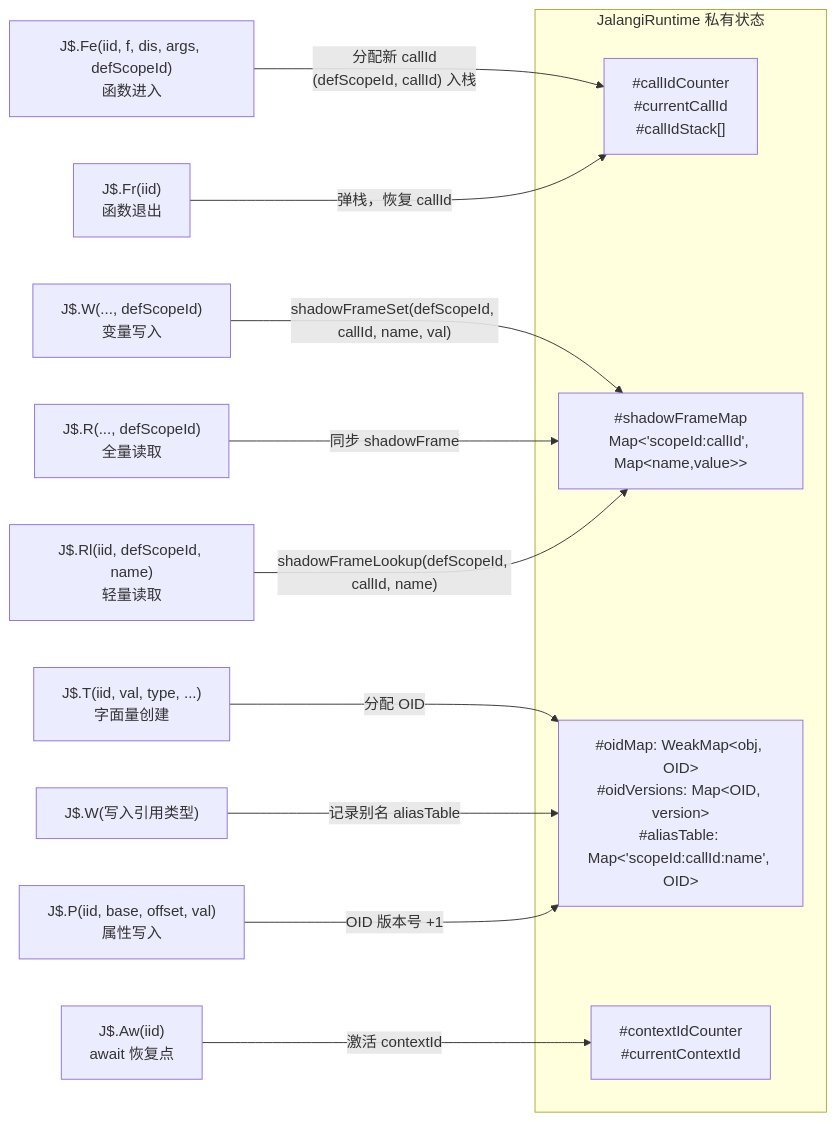
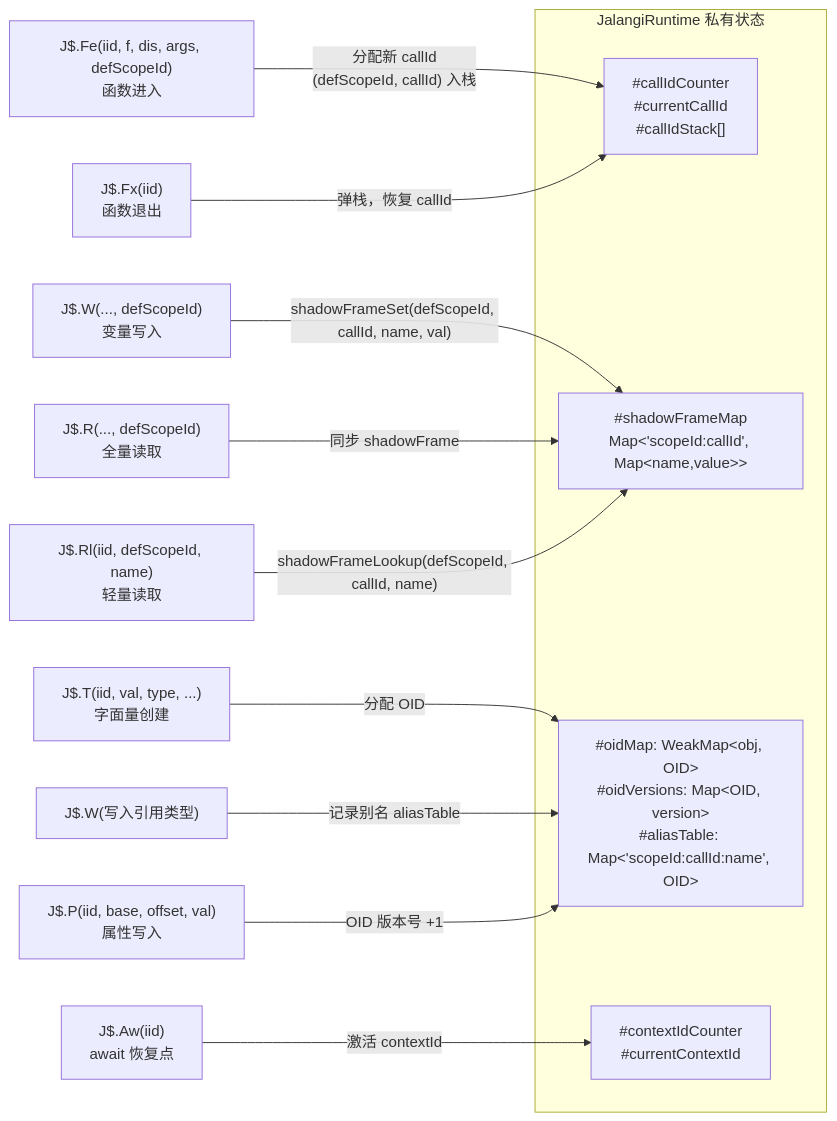
Before and after one commit to fuckreverse/Jani: the third of 3 diagrams in docs/Scope-Aware-Instrumentation.md, drawn with Mermaid. The commit also changed other lines of this file and 28 other files, not shown here.

````diff
--- a/docs/Scope-Aware-Instrumentation.md
+++ b/docs/Scope-Aware-Instrumentation.md
@@ -411,19 +411,19 @@
 ```mermaid
 flowchart LR
     subgraph State["JalangiRuntime 私有状态"]
         CID["#callIdCounter\n#currentCallId\n#callIdStack[]"]
         SFM["#shadowFrameMap\nMap&lt;'scopeId:callId', Map&lt;name,value&gt;&gt;"]
         OID["#oidMap: WeakMap&lt;obj, OID&gt;\n#oidVersions: Map&lt;OID, version&gt;\n#aliasTable: Map&lt;'scopeId:callId:name', OID&gt;"]
         CTX["#contextIdCounter\n#currentContextId"]
     end
 
     FE["J$.Fe(iid, f, dis, args, defScopeId)\n函数进入"] -->|"分配新 callId\n(defScopeId, callId) 入栈"| CID
-    FR["J$.Fr(iid)\n函数退出"] -->|"弹栈，恢复 callId"| CID
+    FR["J$.Fx(iid)\n函数退出"] -->|"弹栈，恢复 callId"| CID
     W["J$.W(..., defScopeId)\n变量写入"] -->|"shadowFrameSet(defScopeId, callId, name, val)"| SFM
     R["J$.R(..., defScopeId)\n全量读取"] -->|"同步 shadowFrame"| SFM
     Rl["J$.Rl(iid, defScopeId, name)\n轻量读取"] -->|"shadowFrameLookup(defScopeId, callId, name)"| SFM
     T["J$.T(iid, val, type, ...)\n字面量创建"] -->|"分配 OID"| OID
     W2["J$.W(写入引用类型)"] -->|"记录别名 aliasTable"| OID
     P["J$.P(iid, base, offset, val)\n属性写入"] -->|"OID 版本号 +1"| OID
     AW["J$.Aw(iid)\nawait 恢复点"] -->|"激活 contextId"| CTX
 ```
````
